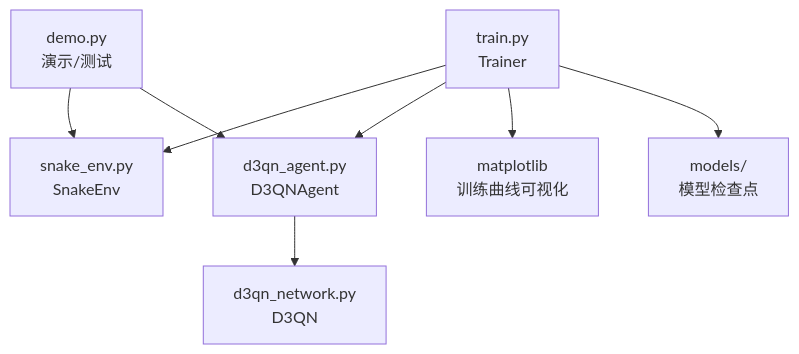
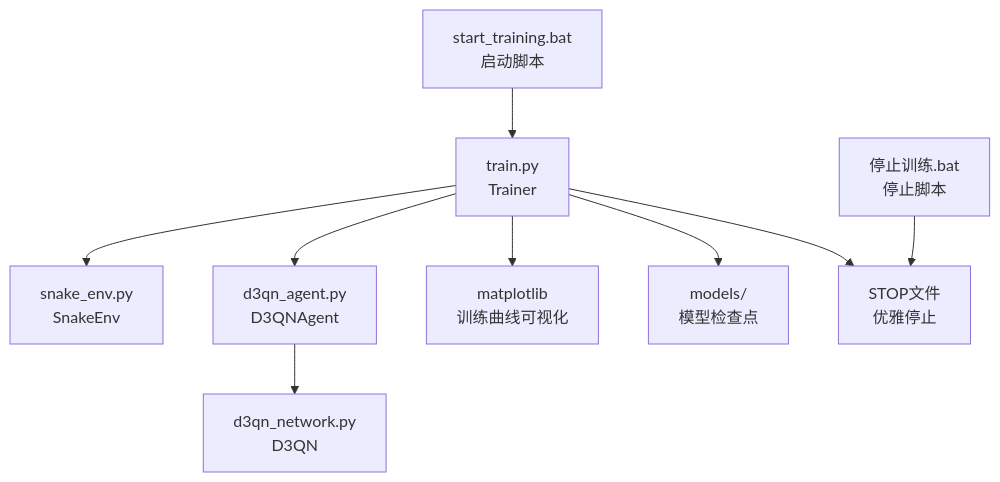
The first of 8 diagrams in .qoder/repowiki/zh/content/训练系统.md (fuweiq94-cloud/3399180760000), drawn with Mermaid before and after one commit. The commit also changed other lines of this file and 146 other files, not shown here.

````diff
--- a/.qoder/repowiki/zh/content/训练系统.md
+++ b/.qoder/repowiki/zh/content/训练系统.md
@@ -41,10 +57,11 @@
 ```mermaid
 graph TB
 A["train.py<br/>Trainer"] --> B["snake_env.py<br/>SnakeEnv"]
 A --> C["d3qn_agent.py<br/>D3QNAgent"]
 C --> D["d3qn_network.py<br/>D3QN"]
 A --> E["matplotlib<br/>训练曲线可视化"]
 A --> F["models/<br/>模型检查点"]
-G["demo.py<br/>演示/测试"] --> B
-G --> C
+G["start_training.bat<br/>启动脚本"] --> A
+H["停止训练.bat<br/>停止脚本"] --> I["STOP文件<br/>优雅停止"]
+A --> I
 ```
````
